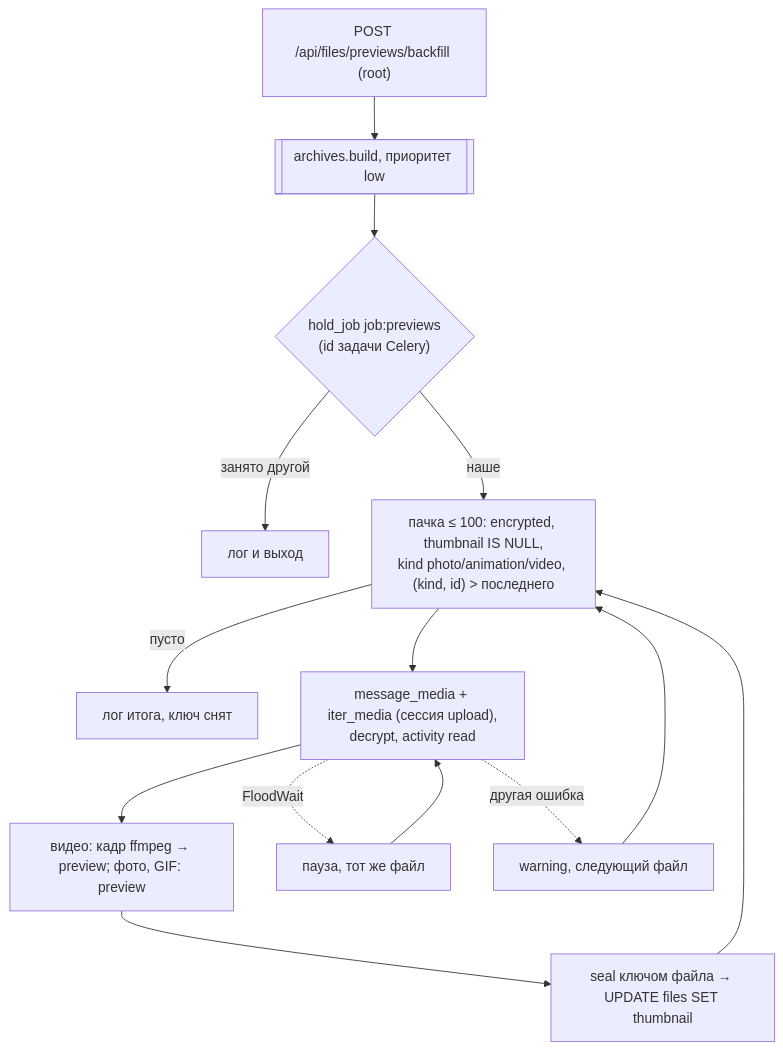
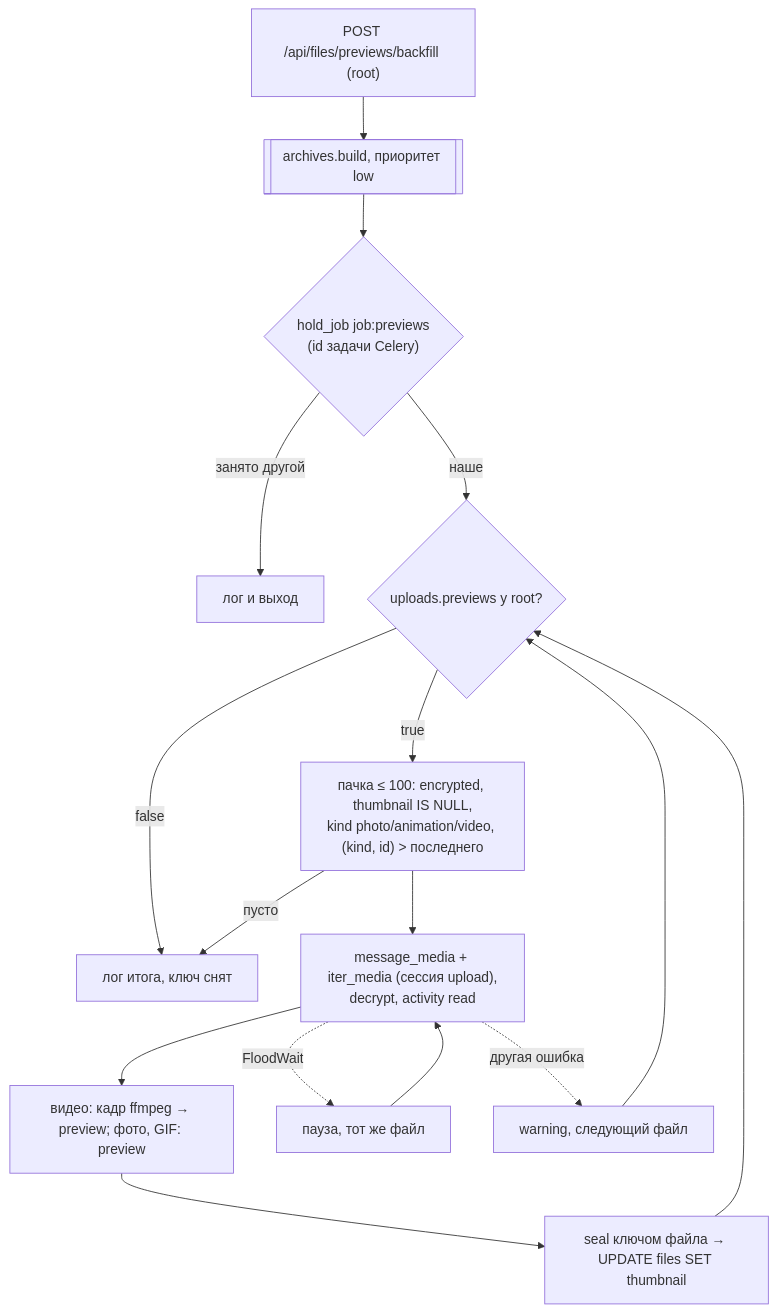
One commit to NikitkaZXC/tcloud-backend changed the second of 5 diagrams in docs/background-tasks.md. Above: the diagram before and after it, drawn with Mermaid. The commit also changed other lines of this file and 20 other files, not shown here.

Commit message:
feat: root-only global uploads.previews switch with previews_enabled in /api/account

````diff
--- a/docs/background-tasks.md
+++ b/docs/background-tasks.md
@@ -49,14 +51,16 @@
 ```mermaid
 flowchart TD
     api["POST /api/files/previews/backfill (root)"] --> q[["archives.build, приоритет low"]]
     q --> lock{"hold_job job:previews<br/>(id задачи Celery)"}
     lock -->|занято другой| skip["лог и выход"]
-    lock -->|наше| batch["пачка ≤ 100: encrypted, thumbnail IS NULL,<br/>kind photo/animation/video, (kind, id) > последнего"]
+    lock -->|наше| on{"uploads.previews у root?"}
+    on -->|false| done
+    on -->|true| batch["пачка ≤ 100: encrypted, thumbnail IS NULL,<br/>kind photo/animation/video, (kind, id) > последнего"]
     batch -->|пусто| done["лог итога, ключ снят"]
     batch --> file["message_media + iter_media (сессия upload),<br/>decrypt, activity read"]
     file --> prev["видео: кадр ffmpeg → preview; фото, GIF: preview"]
     prev --> seal["seal ключом файла → UPDATE files SET thumbnail"]
-    seal --> batch
+    seal --> on
     file -. "FloodWait" .-> wait["пауза, тот же файл"] --> file
-    file -. "другая ошибка" .-> warn["warning, следующий файл"] --> batch
+    file -. "другая ошибка" .-> warn["warning, следующий файл"] --> on
 ```
````
